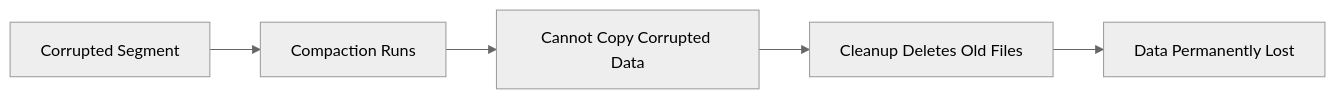
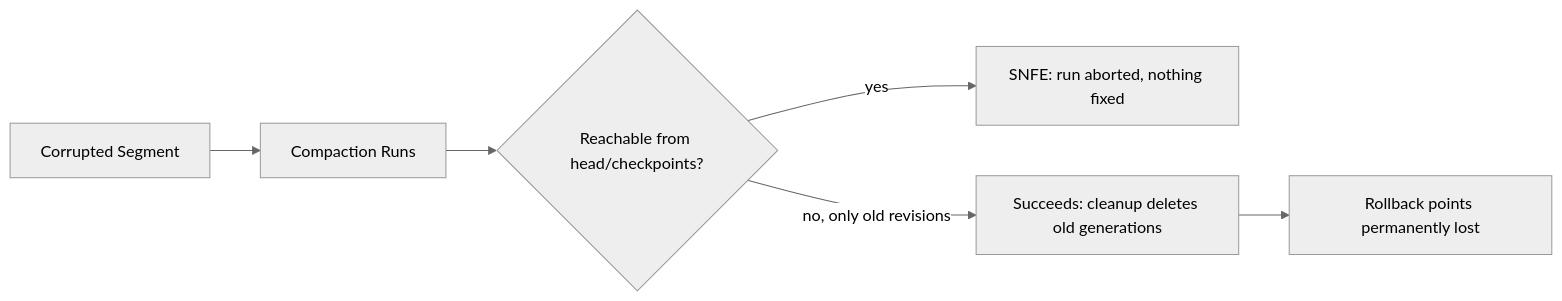
Before and after one commit to somarc/oak-magnum-oakus: the diagram in docs/recovery/compaction.md, drawn with Mermaid (neutral theme). The commit also changed other lines of this file and 32 other files, not shown here.

````diff
--- a/docs/recovery/compaction.md
+++ b/docs/recovery/compaction.md
@@ -143,7 +162,8 @@
 ```mermaid
 flowchart LR
     A[Corrupted Segment] --> B[Compaction Runs]
-    B --> C[Cannot Copy Corrupted Data]
-    C --> D[Cleanup Deletes Old Files]
-    D --> E[Data Permanently Lost]
+    B --> C{Reachable from head/checkpoints?}
+    C -->|yes| D[SNFE: run aborted, nothing fixed]
+    C -->|no, only old revisions| E[Succeeds: cleanup deletes old generations]
+    E --> F[Rollback points permanently lost]
 ```
````
